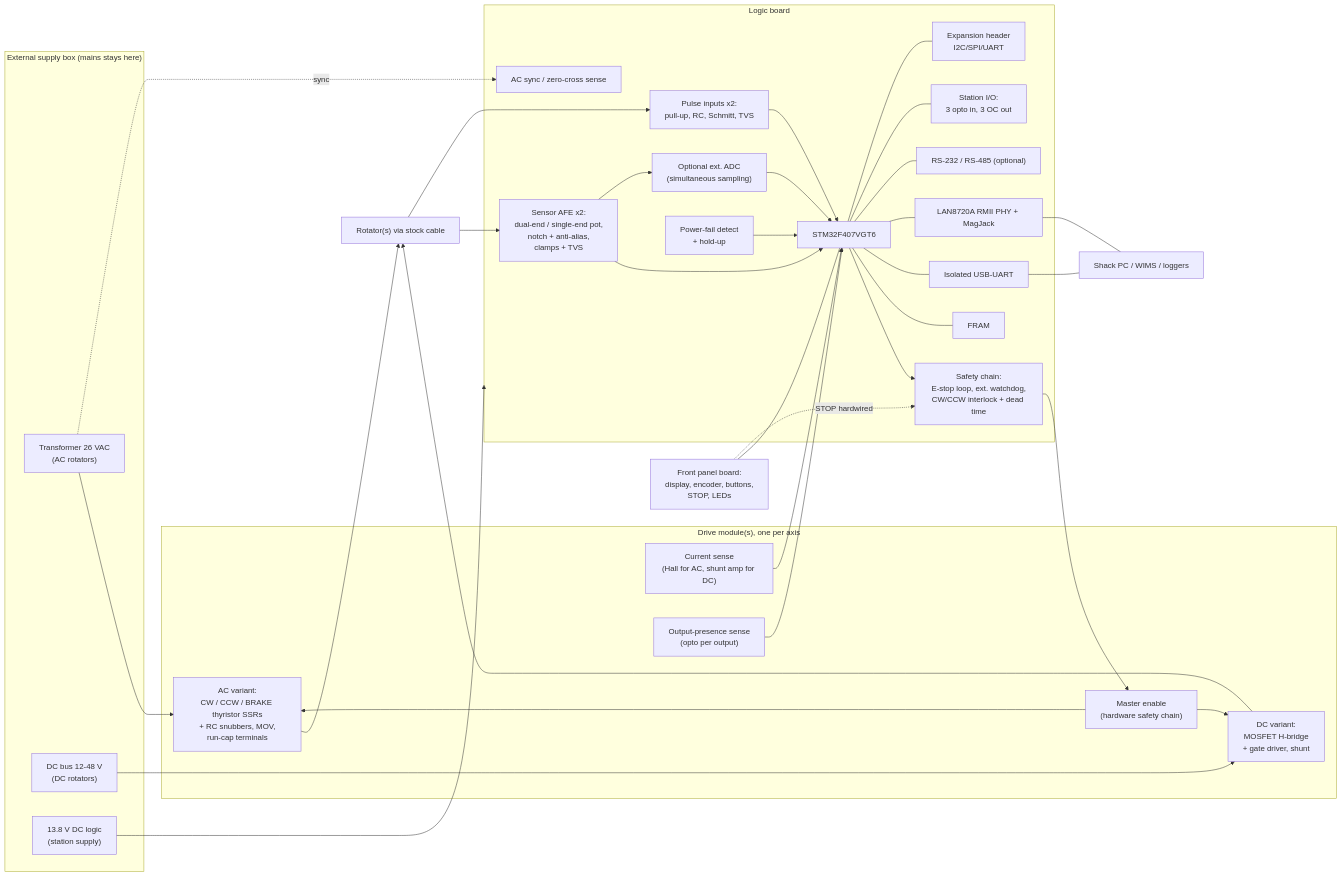
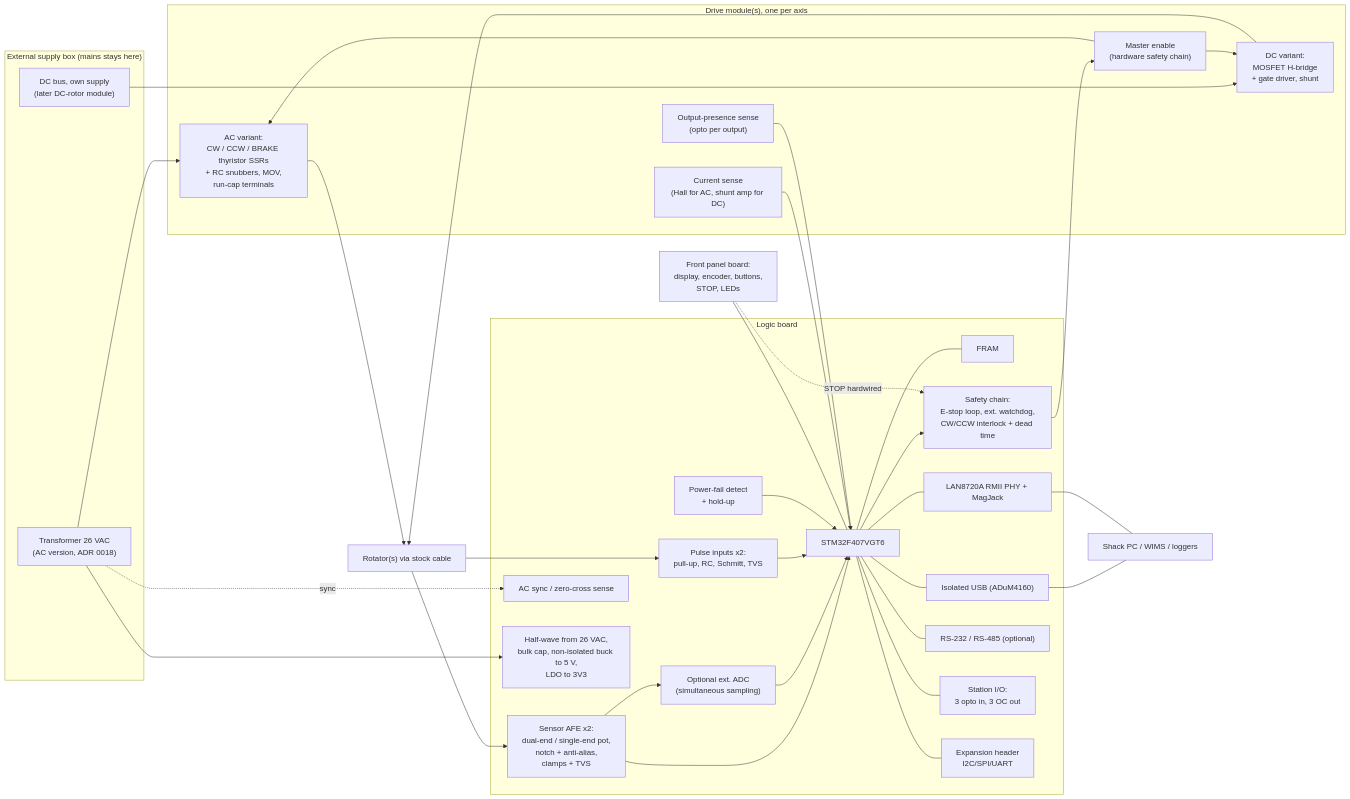
Before and after one commit to wa1hco/rotator_controller: the diagram in docs/design/hardware-requirements.md, drawn with Mermaid. The commit also changed other lines of this file and 18 other files, not shown here.

First line of the commit message:
Record the AC version's single 26 VAC feed and rotor-return ground.

````diff
--- a/docs/design/hardware-requirements.md
+++ b/docs/design/hardware-requirements.md
@@ -21,60 +21,60 @@
 ```mermaid
 flowchart LR
   subgraph PSU["External supply box (mains stays here)"]
-    XF["Transformer 26 VAC<br/>(AC rotators)"]
-    DCB["DC bus 12-48 V<br/>(DC rotators)"]
-    LOG["13.8 V DC logic<br/>(station supply)"]
+    XF["Transformer 26 VAC<br/>(AC version, ADR 0018)"]
+    DCB["DC bus, own supply<br/>(later DC-rotor module)"]
   end
 
   subgraph DRV["Drive module(s), one per axis"]
     MEN["Master enable<br/>(hardware safety chain)"]
     ACM["AC variant:<br/>CW / CCW / BRAKE thyristor SSRs<br/>+ RC snubbers, MOV,<br/>run-cap terminals"]
     DCM["DC variant:<br/>MOSFET H-bridge<br/>+ gate driver, shunt"]
     ISN["Current sense<br/>(Hall for AC, shunt amp for DC)"]
     OSN["Output-presence sense<br/>(opto per output)"]
   end
 
   subgraph LB["Logic board"]
     MCU["STM32F407VGT6"]
     AFE["Sensor AFE x2:<br/>dual-end / single-end pot,<br/>notch + anti-alias,<br/>clamps + TVS"]
     PUL["Pulse inputs x2:<br/>pull-up, RC, Schmitt, TVS"]
     ADC["Optional ext. ADC<br/>(simultaneous sampling)"]
     FRAM["FRAM"]
     PFD["Power-fail detect<br/>+ hold-up"]
     SAF["Safety chain:<br/>E-stop loop, ext. watchdog,<br/>CW/CCW interlock + dead time"]
     ZX["AC sync / zero-cross sense"]
-    USB["Isolated USB-UART"]
+    PWR["Half-wave from 26 VAC,<br/>bulk cap, non-isolated buck to 5 V,<br/>LDO to 3V3"]
+    USB["Isolated USB (ADuM4160)"]
     ETH["LAN8720A RMII PHY + MagJack"]
     SER["RS-232 / RS-485 (optional)"]
     SIO["Station I/O:<br/>3 opto in, 3 OC out"]
     EXP["Expansion header<br/>I2C/SPI/UART"]
   end
 
   FP["Front panel board:<br/>display, encoder, buttons,<br/>STOP, LEDs"]
   ROT["Rotator(s) via stock cable"]
   PC["Shack PC / WIMS / loggers"]
 
   XF --> ACM
+  XF --> PWR
   DCB --> DCM
-  LOG --> LB
   XF -. sync .-> ZX
   MCU --> SAF --> MEN
   MEN --> ACM
   MEN --> DCM
   ACM --> ROT
   DCM --> ROT
   ISN --> MCU
   OSN --> MCU
   ROT --> AFE --> MCU
   AFE --> ADC --> MCU
   ROT --> PUL --> MCU
   MCU --- FRAM
   PFD --> MCU
   MCU --- USB --- PC
   MCU --- ETH --- PC
   MCU --- SER
   MCU --- SIO
   MCU --- EXP
   FP --- MCU
   FP -. STOP hardwired .-> SAF
 ```
````
